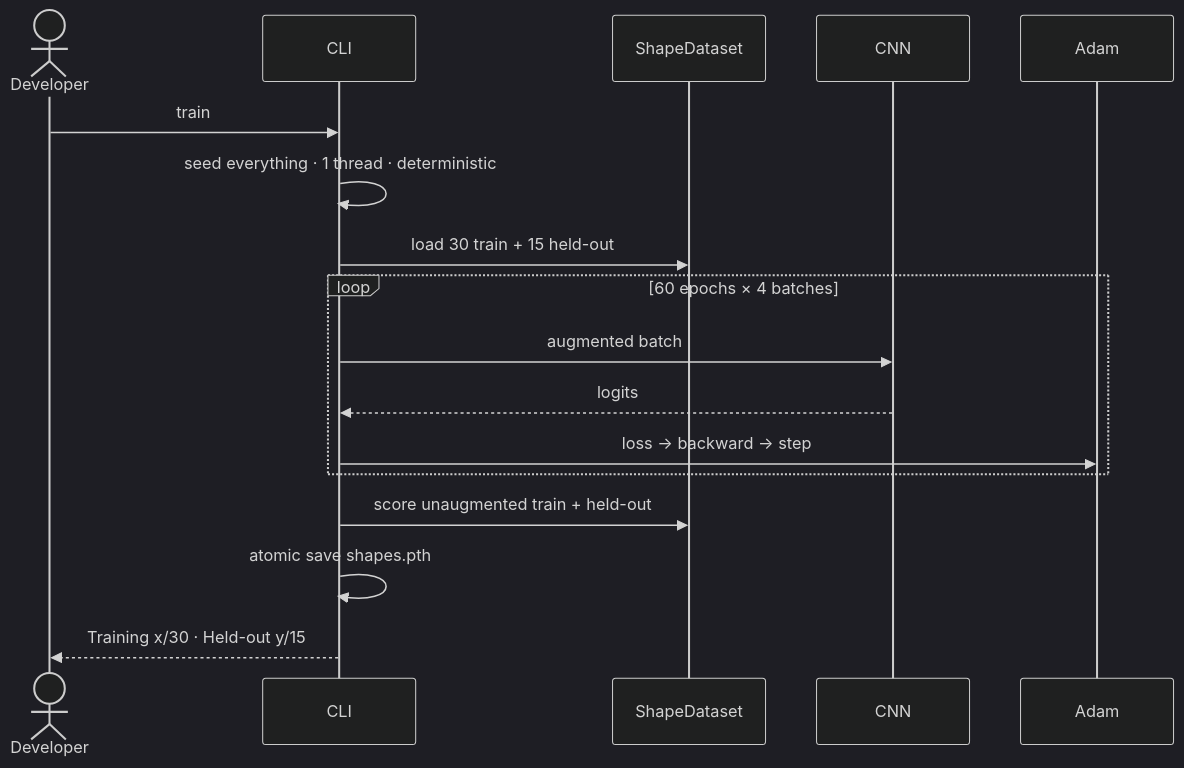
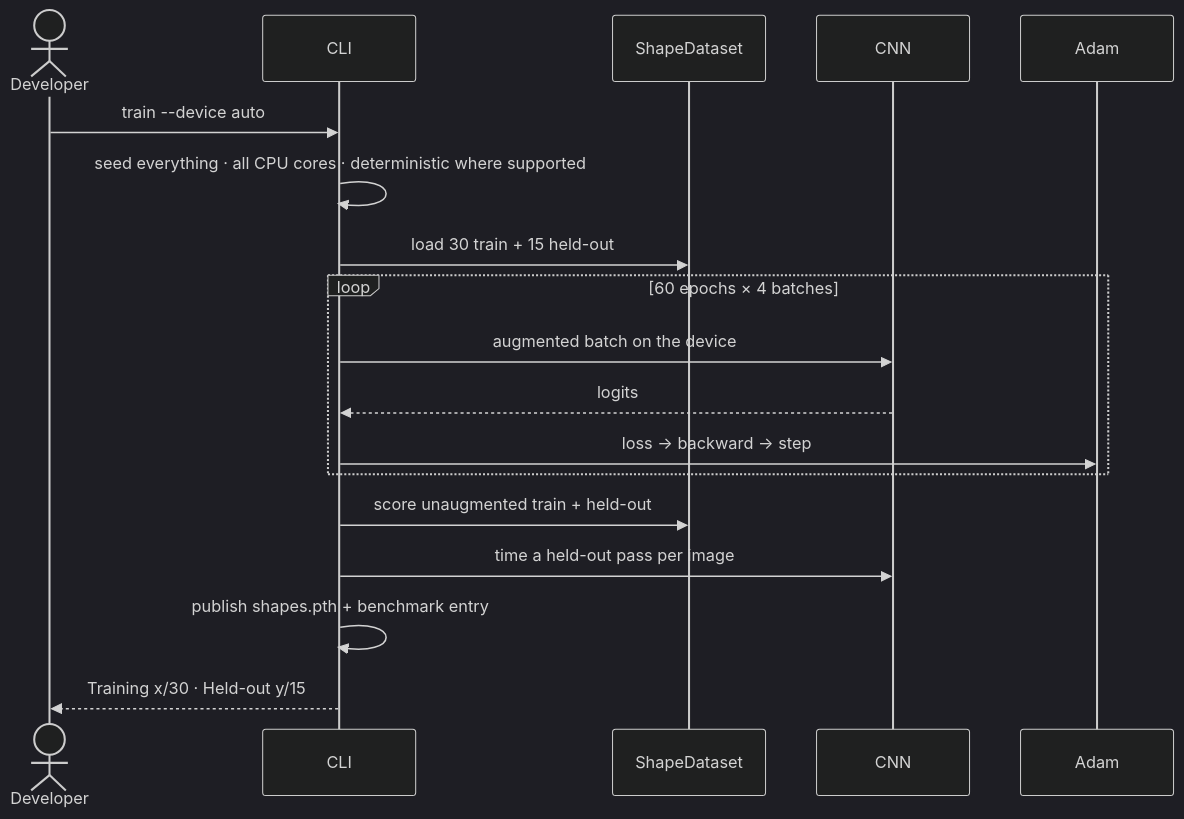
Before and after one commit to nal/ML: the tenth of 14 diagrams in CNN/image_classification/docs/hld/slides.md, drawn with Mermaid (dark theme). The commit also changed other lines of this file and 1 other file, not shown here.

First line of the commit message:
docs(hld): refresh design and slides for device benchmark

````diff
--- a/CNN/image_classification/docs/hld/slides.md
+++ b/CNN/image_classification/docs/hld/slides.md
@@ -257,19 +305,20 @@
 ```mermaid {scale: 0.6}
 sequenceDiagram
   actor U as Developer
   participant CLI
   participant DS as ShapeDataset
   participant M as CNN
   participant O as Adam
-  U->>CLI: train
-  CLI->>CLI: seed everything · 1 thread · deterministic
+  U->>CLI: train --device auto
+  CLI->>CLI: seed everything · all CPU cores · deterministic where supported
   CLI->>DS: load 30 train + 15 held-out
   loop 60 epochs × 4 batches
-    CLI->>M: augmented batch
+    CLI->>M: augmented batch on the device
     M-->>CLI: logits
     CLI->>O: loss → backward → step
   end
   CLI->>DS: score unaugmented train + held-out
-  CLI->>CLI: atomic save shapes.pth
+  CLI->>M: time a held-out pass per image
+  CLI->>CLI: publish shapes.pth + benchmark entry
   CLI-->>U: Training x/30 · Held-out y/15
 ```
````
